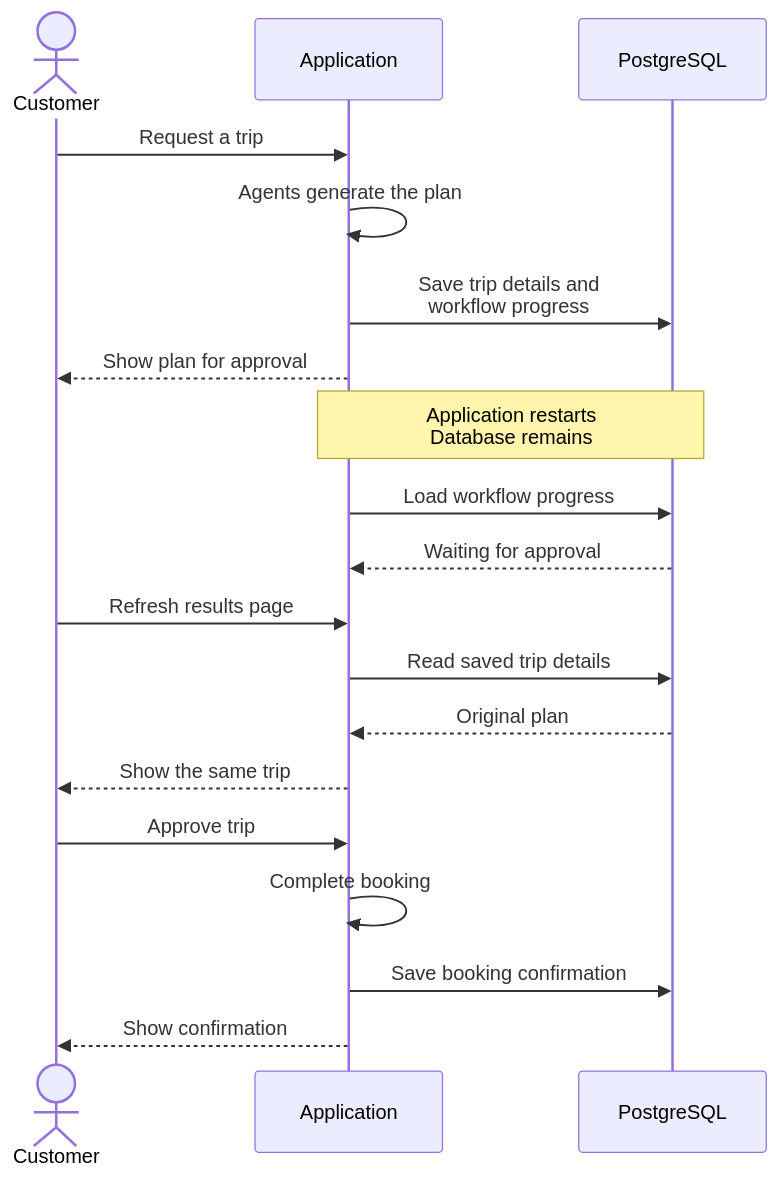
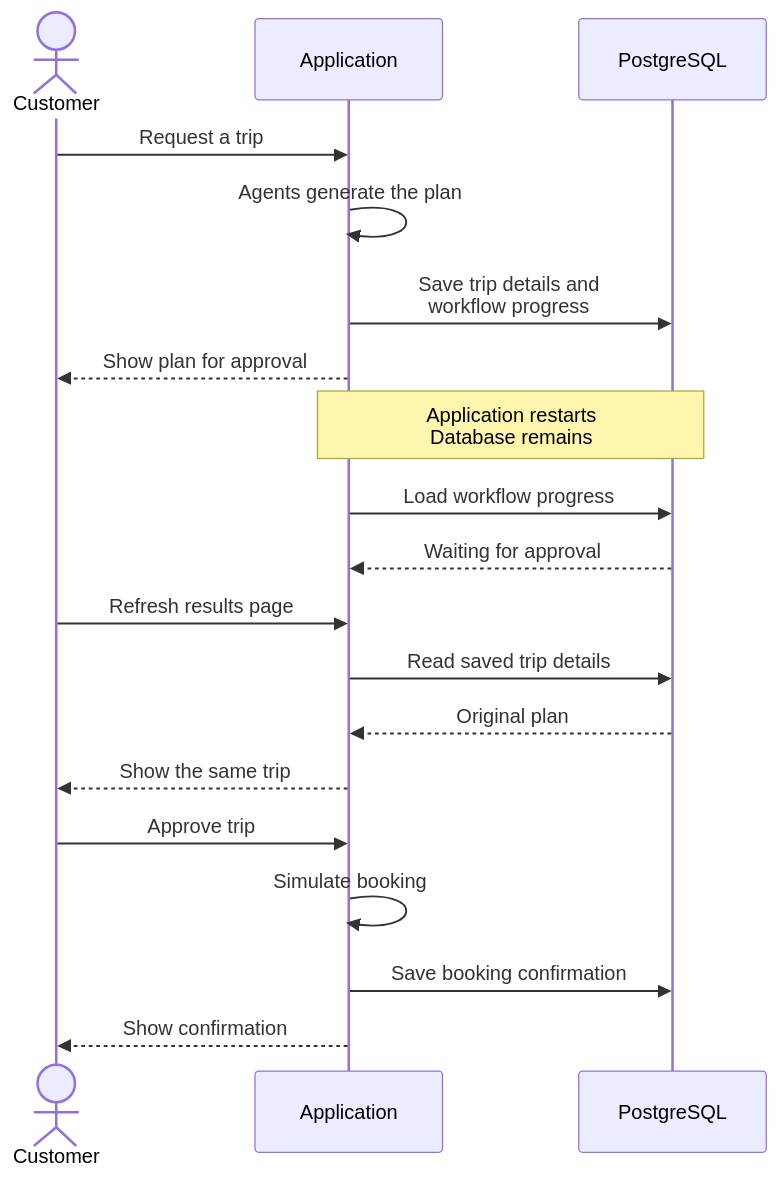
One commit to quarkusio/quarkus-workshop-langchain4j changed the second of 2 diagrams in docs/docs/section-3/step-04.md. Above: the diagram before and after it, drawn with Mermaid. The commit also changed other lines of this file and 151 other files, not shown here.

````diff
--- a/docs/docs/section-3/step-04.md
+++ b/docs/docs/section-3/step-04.md
@@ -285,24 +310,24 @@
 ```mermaid
 sequenceDiagram
     actor Customer
     participant App as Application
     participant DB as PostgreSQL
 
     Customer->>App: Request a trip
     App->>App: Agents generate the plan
     App->>DB: Save trip details and<br/>workflow progress
     App-->>Customer: Show plan for approval
 
     Note over App,DB: Application restarts<br/>Database remains
 
     App->>DB: Load workflow progress
     DB-->>App: Waiting for approval
     Customer->>App: Refresh results page
     App->>DB: Read saved trip details
     DB-->>App: Original plan
     App-->>Customer: Show the same trip
     Customer->>App: Approve trip
-    App->>App: Complete booking
+    App->>App: Simulate booking
     App->>DB: Save booking confirmation
     App-->>Customer: Show confirmation
 ```
````
